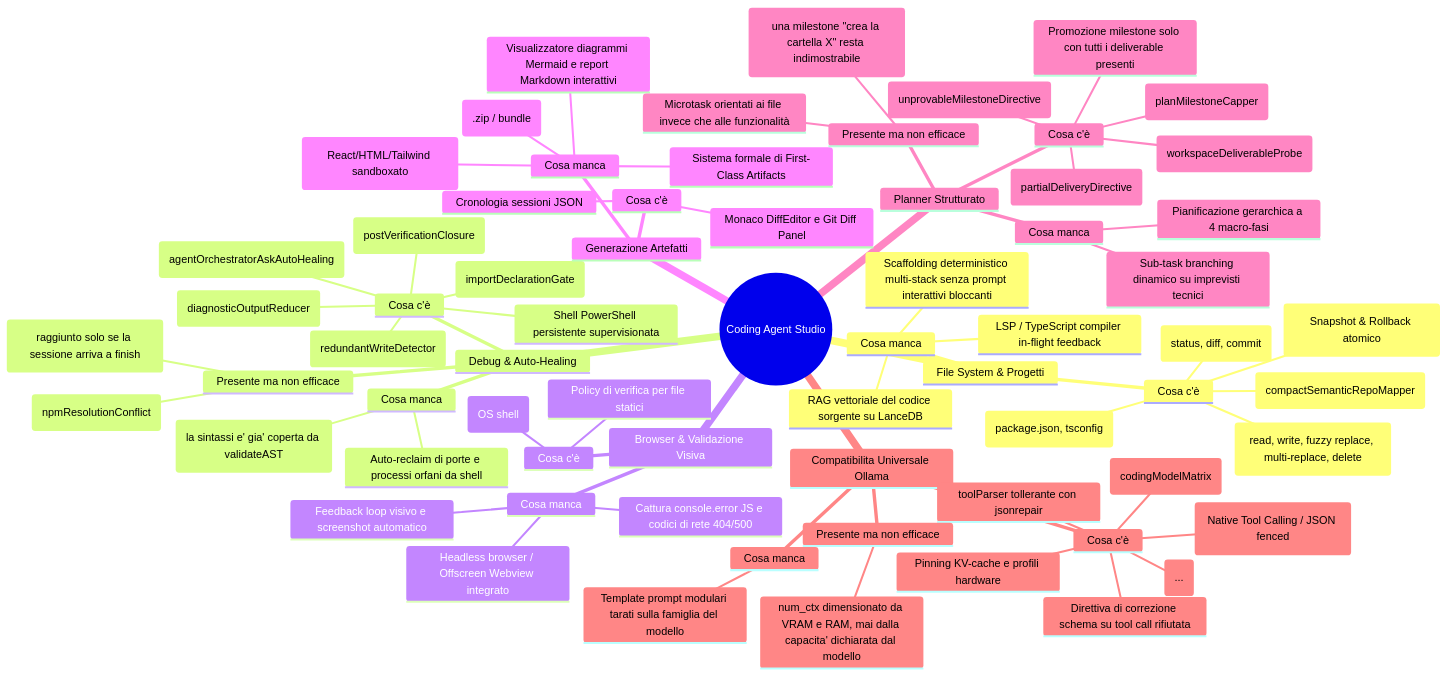
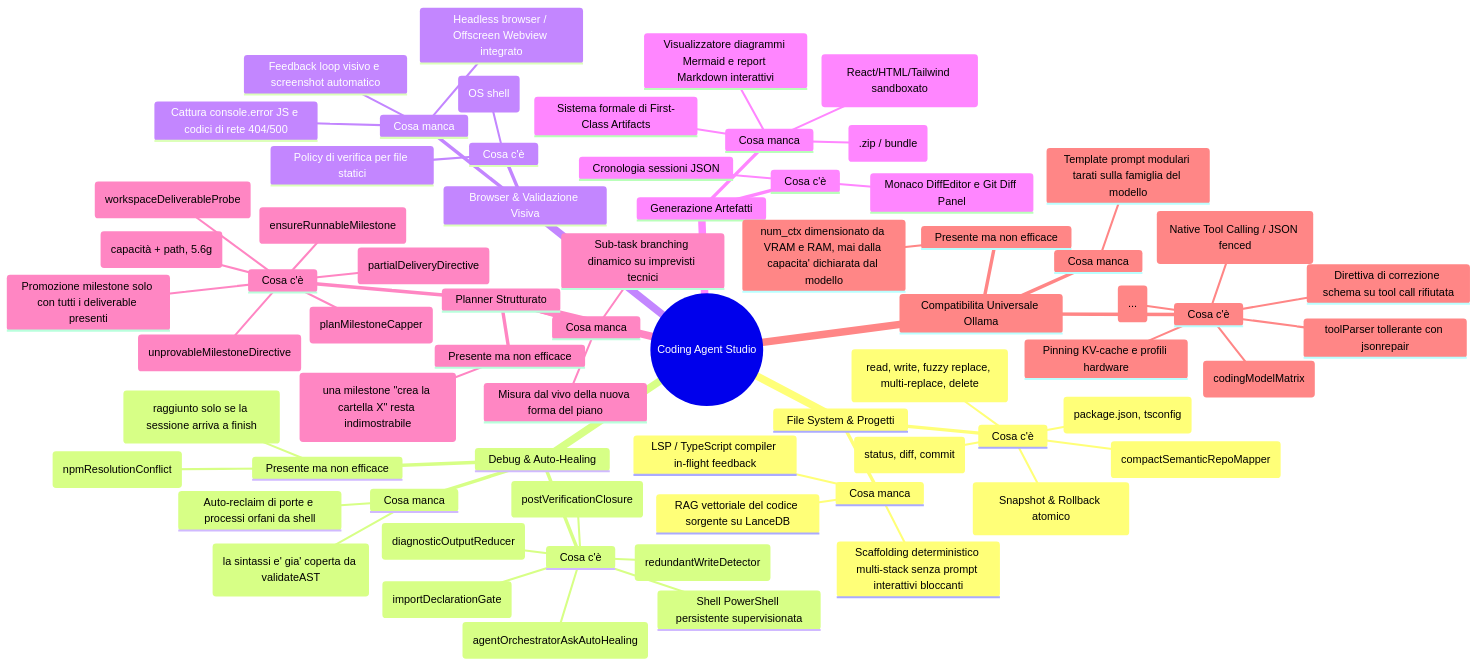
The first of 2 diagrams in docs/coding-agent-studio-blueprint.md (dennidalpos/OnlyRagV2), drawn with Mermaid before and after one commit. The commit also changed other lines of this file and 26 other files, not shown here.

First line of the commit message:
Forma del piano, entrypoint deterministico e realta' del registro npm

````diff
--- a/docs/coding-agent-studio-blueprint.md
+++ b/docs/coding-agent-studio-blueprint.md
@@ -11,71 +11,72 @@
 ```mermaid
 mindmap
   root((Coding Agent Studio))
     File System & Progetti
       Cosa c'è
         Tool I/O completi (read, write, fuzzy replace, multi-replace, delete)
         AtomicWorkspaceJournal (Snapshot & Rollback atomico)
         AST Repo Map (compactSemanticRepoMapper)
         Dependency Scanner (package.json, tsconfig)
         Git Toolchain (status, diff, commit)
       Cosa manca
         RAG vettoriale del codice sorgente su LanceDB
         Scaffolding deterministico multi-stack senza prompt interattivi bloccanti
         LSP / TypeScript compiler in-flight feedback
     Debug & Auto-Healing
       Cosa c'è
         Shell PowerShell persistente supervisionata
         Riduzione diagnostica stack trace (diagnosticOutputReducer)
         Intercettazione lazy ask (agentOrchestratorAskAutoHealing)
         Gate import non dichiarati post-write (importDeclarationGate)
         Scrittura a vuoto riconosciuta come no-op (redundantWriteDetector)
         Stato di chiusura dichiarabile a build verde (postVerificationClosure)
       Presente ma non efficace
         Definition of Done Gate su build reale (raggiunto solo se la sessione arriva a finish)
         Recupero dai conflitti npm ERESOLVE (npmResolutionConflict)
       Cosa manca
         Typecheck incrementale post-write (la sintassi e' gia' coperta da validateAST)
         Auto-reclaim di porte e processi orfani da shell
     Browser & Validazione Visiva
       Cosa c'è
         open_in_browser esterno (OS shell)
         Policy di verifica per file statici
       Cosa manca
         Feedback loop visivo e screenshot automatico
         Cattura console.error JS e codici di rete 404/500
         Headless browser / Offscreen Webview integrato
     Generazione Artefatti
       Cosa c'è
         Monaco DiffEditor e Git Diff Panel
         Cronologia sessioni JSON
       Cosa manca
         Sistema formale di First-Class Artifacts
         Pannello UI Live Preview (React/HTML/Tailwind sandboxato)
         Visualizzatore diagrammi Mermaid e report Markdown interattivi
         1-Click Export (.zip / bundle)
     Planner Strutturato
       Cosa c'è
         Parser canonico e capping a 15 milestone (planMilestoneCapper)
         Probe su disco per deliverable reali (workspaceDeliverableProbe)
         Promozione milestone solo con tutti i deliverable presenti
         Direttiva dedicata per milestone senza artefatto (unprovableMilestoneDirective)
         Elenco dei deliverable ancora mancanti dopo una consegna parziale (partialDeliveryDirective)
+        Microtask che dichiarano la capacità e nominano il file (capacità + path, 5.6g)
+        Milestone del controllo di progetto appesa dalla compilazione (ensureRunnableMilestone)
       Presente ma non efficace
-        Microtask orientati ai file invece che alle funzionalità
         Deliverable di directory non riconosciuti (una milestone "crea la cartella X" resta indimostrabile)
       Cosa manca
-        Pianificazione gerarchica a 4 macro-fasi
+        Misura dal vivo della nuova forma del piano
         Sub-task branching dinamico su imprevisti tecnici
     Compatibilita Universale Ollama
       Cosa c'è
         toolParser tollerante con jsonrepair
         Pre-stripping tag CoT (<think>...</think>)
         Dual-mode routing (Native Tool Calling / JSON fenced)
         Pinning KV-cache e profili hardware
         Direttiva di correzione schema su tool call rifiutata
         Matrice modelli verificati con badge e metriche reali (codingModelMatrix)
       Presente ma non efficace
         num_ctx dimensionato da VRAM e RAM, mai dalla capacita' dichiarata dal modello
       Cosa manca
         Template prompt modulari tarati sulla famiglia del modello
 ```
````
